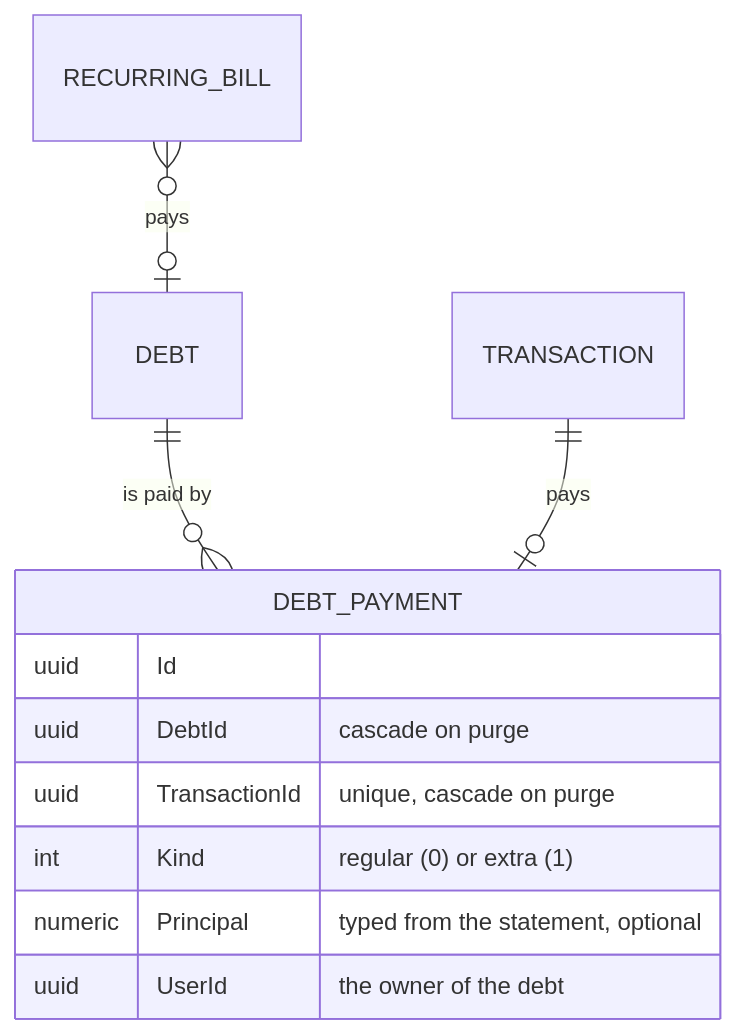
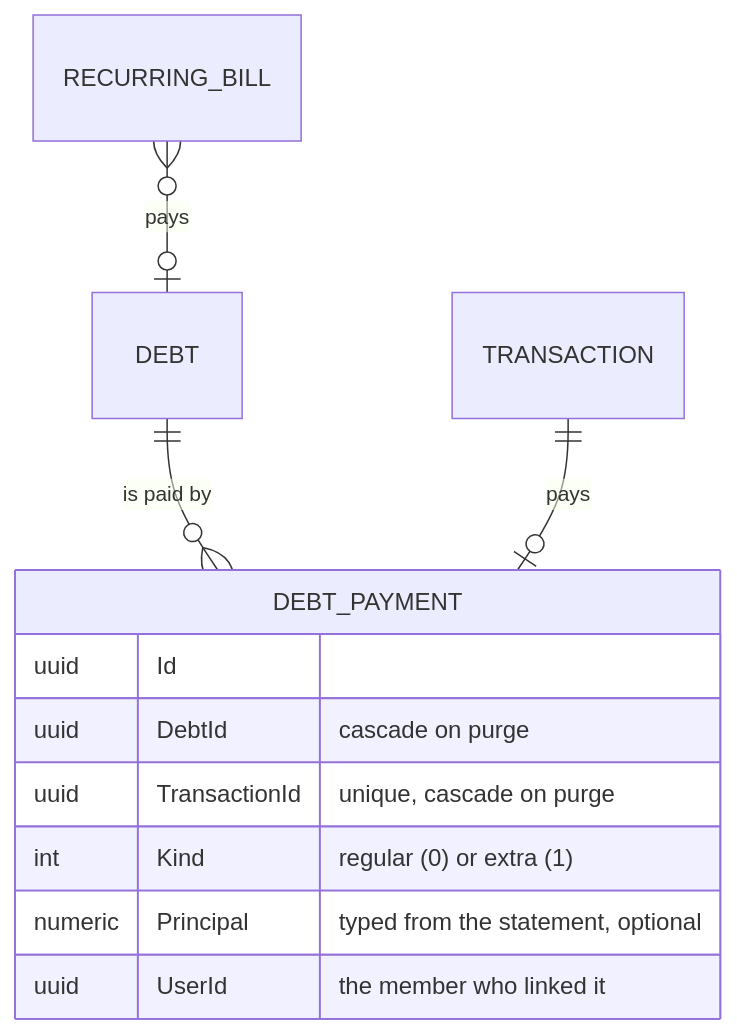
Before and after one commit to Justxs/Jx-Finance: the sixth of 6 diagrams in docs/features/debt-amortization.md, drawn with Mermaid. The commit also changed other lines of this file and 78 other files, not shown here.

````diff
--- a/docs/features/debt-amortization.md
+++ b/docs/features/debt-amortization.md
@@ -176,14 +176,14 @@
 ```mermaid
 erDiagram
     DEBT ||--o{ DEBT_PAYMENT : "is paid by"
     TRANSACTION ||--o| DEBT_PAYMENT : "pays"
     RECURRING_BILL }o--o| DEBT : "pays"
     DEBT_PAYMENT {
         uuid Id
         uuid DebtId "cascade on purge"
         uuid TransactionId "unique, cascade on purge"
         int Kind "regular (0) or extra (1)"
         numeric Principal "typed from the statement, optional"
-        uuid UserId "the owner of the debt"
+        uuid UserId "the member who linked it"
     }
 ```
````
